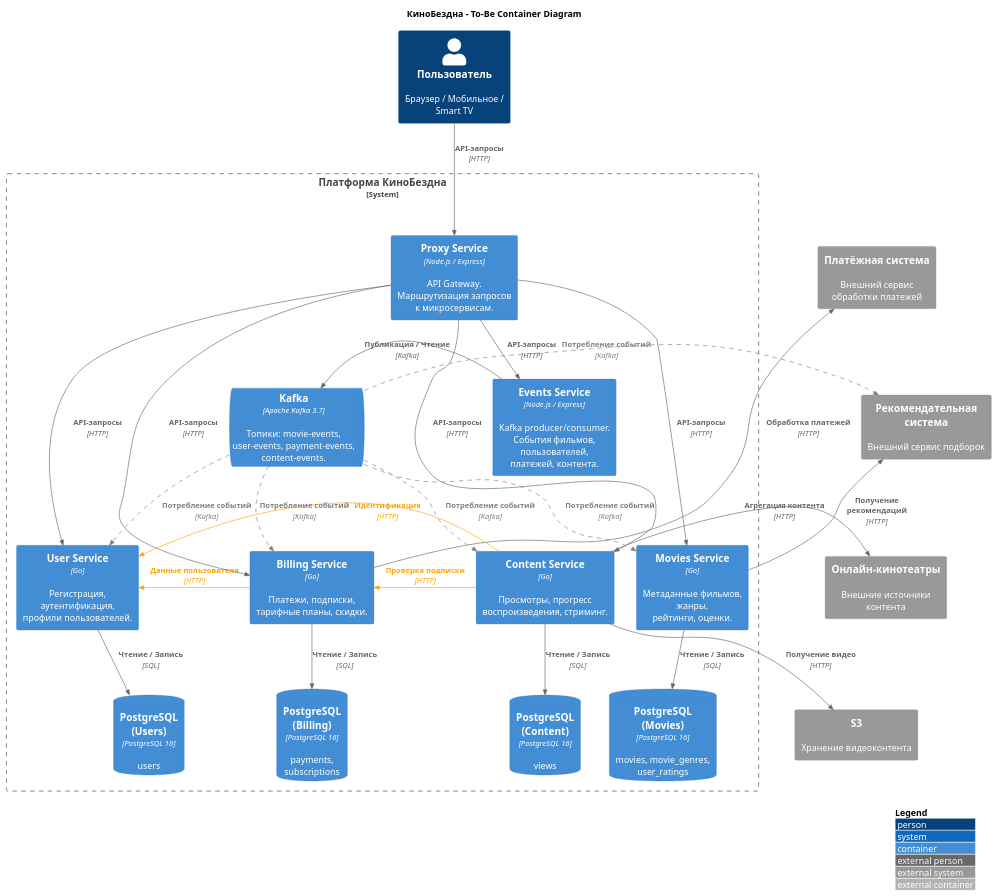
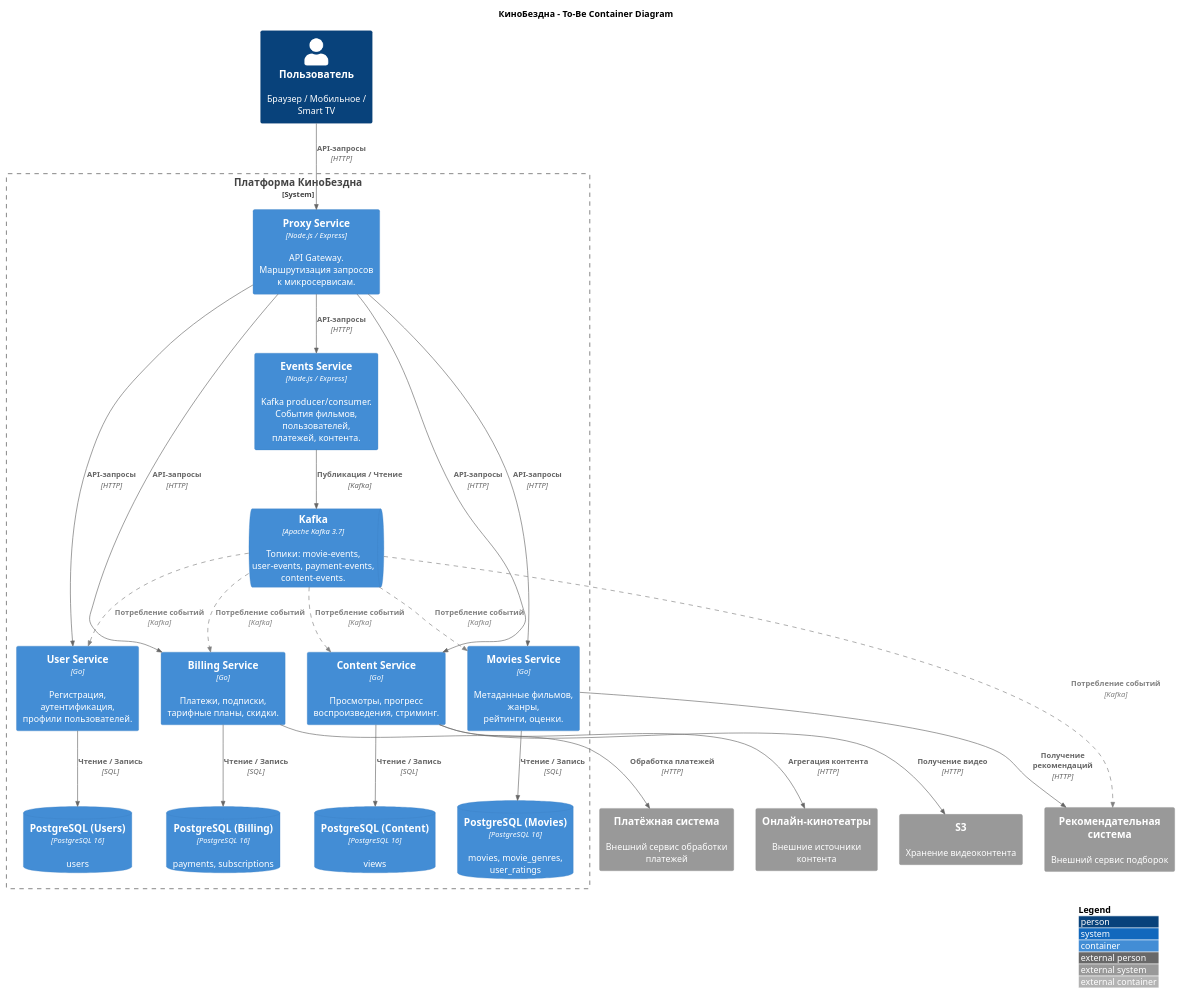
One commit to SiritosKon/architecture-cinemaabyss changed the diagram in docs/c4-container-diagram.puml. Above: the diagram before and after it, drawn with PlantUML. The commit also changed 1 other file, not shown here.

Commit message:
fix: remove inter-service arrows, clean up diagram layout

```diff
--- a/docs/c4-container-diagram.puml
+++ b/docs/c4-container-diagram.puml
@@ -1,89 +1,62 @@
 @startuml c4-container-diagram
 !include https://raw.githubusercontent.com/plantuml-stdlib/C4-PlantUML/master/C4_Container.puml
 
 LAYOUT_WITH_LEGEND()
 LAYOUT_TOP_DOWN()
 
 AddRelTag("future", $lineStyle = DashedLine(), $lineColor = "gray", $textColor = "gray")
-AddRelTag("interservice", $lineColor = "orange", $textColor = "orange")
 
 title КиноБездна - To-Be Container Diagram
 
 Person(user, "Пользователь", "Браузер / Мобильное / Smart TV")
 
-System_Ext(payment, "Платёжная система", "Внешний сервис\nобработки платежей")
+System_Ext(payment, "Платёжная система", "Внешний сервис обработки платежей")
 System_Ext(recsys, "Рекомендательная система", "Внешний сервис подборок")
 System_Ext(cinemas, "Онлайн-кинотеатры", "Внешние источники контента")
 System_Ext(s3, "S3", "Хранение видеоконтента")
-
-' Внешние системы в столбик слева
-Lay_D(payment, recsys)
-Lay_D(recsys, cinemas)
-Lay_D(cinemas, s3)
 
 System_Boundary(platform, "Платформа КиноБездна") {
 
     Container(proxy, "Proxy Service", "Node.js / Express", "API Gateway.\nМаршрутизация запросов\nк микросервисам.")
 
     Container(users_svc, "User Service", "Go", "Регистрация, аутентификация,\nпрофили пользователей.")
     Container(billing, "Billing Service", "Go", "Платежи, подписки,\nтарифные планы, скидки.")
     Container(content, "Content Service", "Go", "Просмотры, прогресс\nвоспроизведения, стриминг.")
     Container(movies, "Movies Service", "Go", "Метаданные фильмов, жанры,\nрейтинги, оценки.")
 
     Container(events, "Events Service", "Node.js / Express", "Kafka producer/consumer.\nСобытия фильмов, пользователей,\nплатежей, контента.")
     ContainerQueue(kafka, "Kafka", "Apache Kafka 3.7", "Топики: movie-events,\nuser-events, payment-events,\ncontent-events.")
 
-    ContainerDb(postgres_users, "PostgreSQL\n(Users)", "PostgreSQL 16", "users")
-    ContainerDb(postgres_billing, "PostgreSQL\n(Billing)", "PostgreSQL 16", "payments,\nsubscriptions")
-    ContainerDb(postgres_content, "PostgreSQL\n(Content)", "PostgreSQL 16", "views")
-    ContainerDb(postgres_movies, "PostgreSQL\n(Movies)", "PostgreSQL 16", "movies, movie_genres,\nuser_ratings")
+    ContainerDb(postgres_users, "PostgreSQL (Users)", "PostgreSQL 16", "users")
+    ContainerDb(postgres_billing, "PostgreSQL (Billing)", "PostgreSQL 16", "payments, subscriptions")
+    ContainerDb(postgres_content, "PostgreSQL (Content)", "PostgreSQL 16", "views")
+    ContainerDb(postgres_movies, "PostgreSQL (Movies)", "PostgreSQL 16", "movies, movie_genres,\nuser_ratings")
 }
 
-' Выравнивание сервисов в ряд
-Lay_R(users_svc, billing)
-Lay_R(billing, content)
-Lay_R(content, movies)
-
-' Выравнивание БД в ряд
-Lay_R(postgres_users, postgres_billing)
-Lay_R(postgres_billing, postgres_content)
-Lay_R(postgres_content, postgres_movies)
-
-' Пользователь → Proxy
 Rel_D(user, proxy, "API-запросы", "HTTP")
 
-' Proxy → сервисы
 Rel_D(proxy, users_svc, "API-запросы", "HTTP")
 Rel_D(proxy, billing, "API-запросы", "HTTP")
 Rel_D(proxy, content, "API-запросы", "HTTP")
 Rel_D(proxy, movies, "API-запросы", "HTTP")
 Rel_D(proxy, events, "API-запросы", "HTTP")
 
-' Сервисы → свои БД
 Rel_D(users_svc, postgres_users, "Чтение / Запись", "SQL")
 Rel_D(billing, postgres_billing, "Чтение / Запись", "SQL")
 Rel_D(content, postgres_content, "Чтение / Запись", "SQL")
 Rel_D(movies, postgres_movies, "Чтение / Запись", "SQL")
 
-' Events → Kafka
-Rel_R(events, kafka, "Публикация / Чтение", "Kafka")
+Rel_D(events, kafka, "Публикация / Чтение", "Kafka")
 
-' Внешние системы
-Rel_L(billing, payment, "Обработка платежей", "HTTP")
-Rel_L(movies, recsys, "Получение рекомендаций", "HTTP")
-Rel_L(content, cinemas, "Агрегация контента", "HTTP")
-Rel_L(content, s3, "Получение видео", "HTTP")
+Rel(billing, payment, "Обработка платежей", "HTTP")
+Rel(movies, recsys, "Получение рекомендаций", "HTTP")
+Rel(content, cinemas, "Агрегация контента", "HTTP")
+Rel(content, s3, "Получение видео", "HTTP")
 
-' Межсервисные зависимости (оранжевые)
-Rel_L(content, billing, "Проверка подписки", "HTTP", $tags="interservice")
-Rel_L(billing, users_svc, "Данные пользователя", "HTTP", $tags="interservice")
-Rel_L(content, users_svc, "Идентификация", "HTTP", $tags="interservice")
-
-' Kafka → потребители (целевое)
 Rel(kafka, users_svc, "Потребление событий", "Kafka", $tags="future")
 Rel(kafka, billing, "Потребление событий", "Kafka", $tags="future")
 Rel(kafka, content, "Потребление событий", "Kafka", $tags="future")
 Rel(kafka, movies, "Потребление событий", "Kafka", $tags="future")
 Rel(kafka, recsys, "Потребление событий", "Kafka", $tags="future")
 
 @enduml
```
